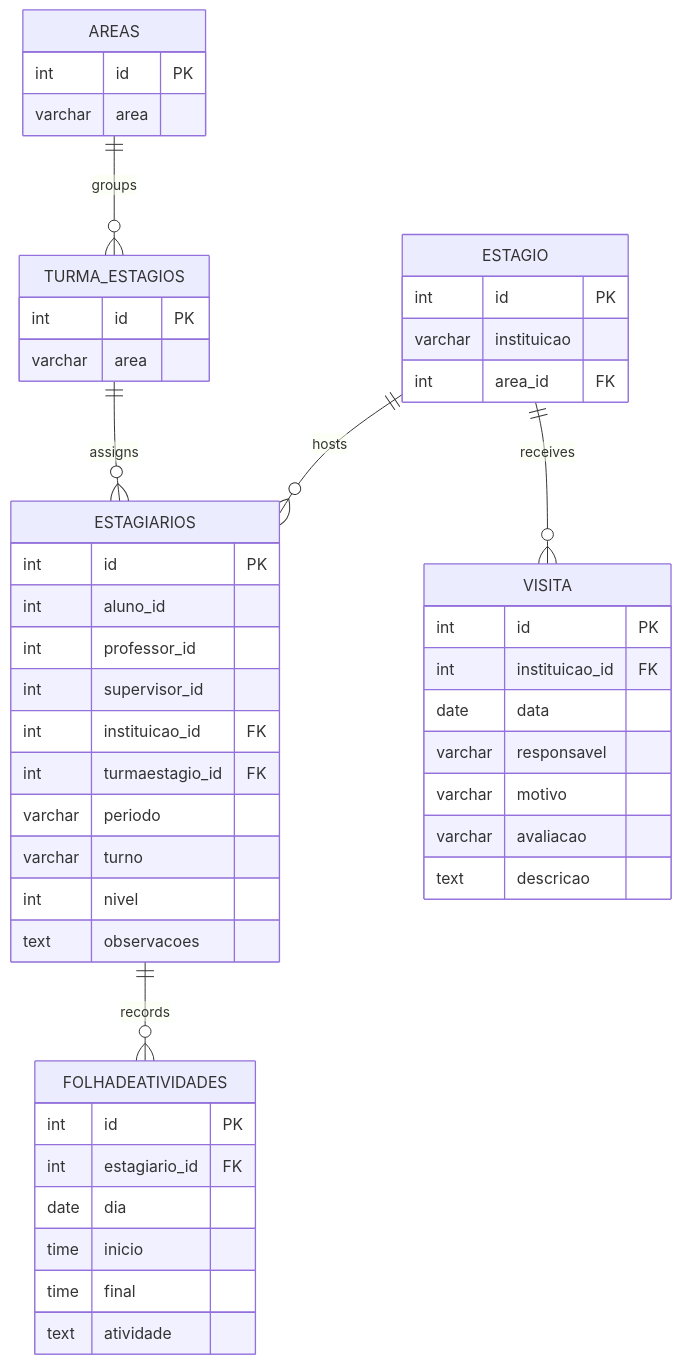
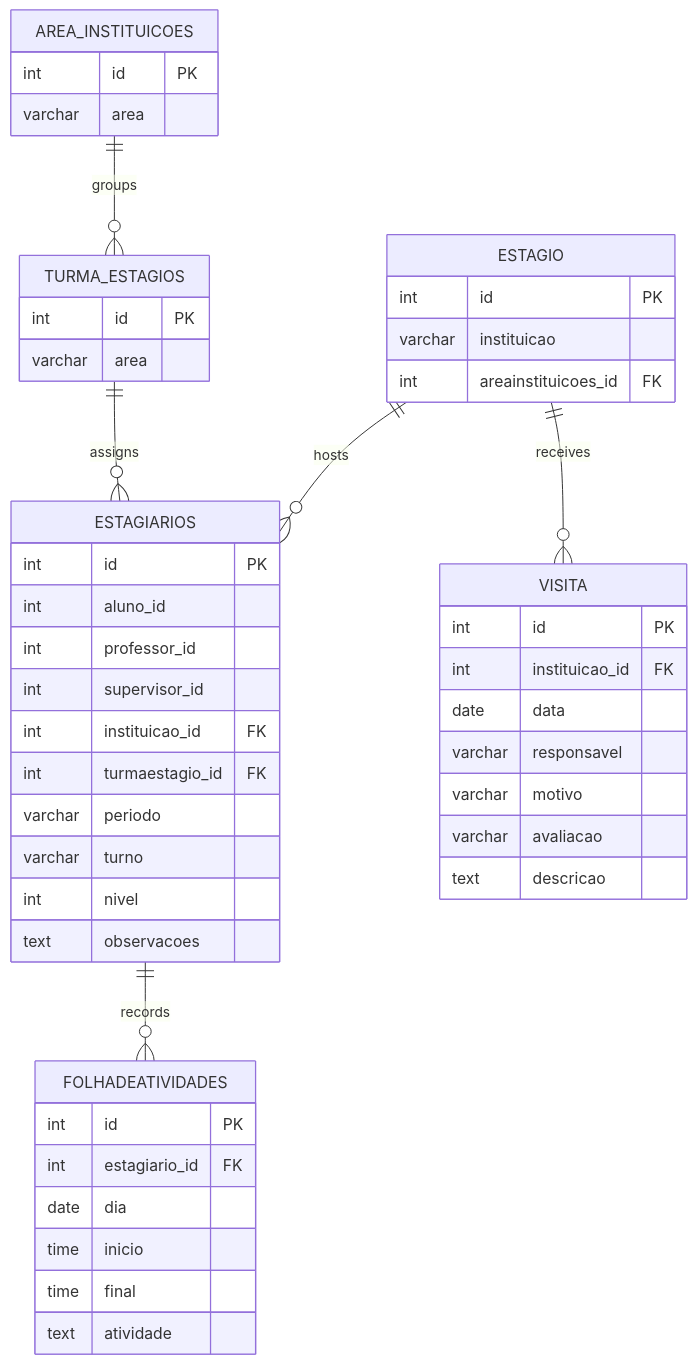
Before and after one commit to luiseduacosta/nodemural: the seventh of 8 diagrams in .qoder/repowiki/en/content/Data Models & Database Design/Institutional Management Models.md, drawn with Mermaid. The commit also changed other lines of this file and 27 other files, not shown here.

````diff
--- a/.qoder/repowiki/en/content/Data Models & Database Design/Institutional Management Models.md
+++ b/.qoder/repowiki/en/content/Data Models & Database Design/Institutional Management Models.md
@@ -402,50 +402,50 @@
 ```mermaid
 erDiagram
-AREAS {
+AREA_INSTITUICOES {
 int id PK
 varchar area
 }
 TURMA_ESTAGIOS {
 int id PK
 varchar area
 }
 ESTAGIO {
 int id PK
 varchar instituicao
-int area_id FK
+int areainstituicoes_id FK
 }
 ESTAGIARIOS {
 int id PK
 int aluno_id
 int professor_id
 int supervisor_id
 int instituicao_id FK
 int turmaestagio_id FK
 varchar periodo
 varchar turno
 int nivel
 text observacoes
 }
 FOLHADEATIVIDADES {
 int id PK
 int estagiario_id FK
 date dia
 time inicio
 time final
 text atividade
 }
 VISITA {
 int id PK
 int instituicao_id FK
 date data
 varchar responsavel
 varchar motivo
 varchar avaliacao
 text descricao
 }
-AREAS ||--o{ TURMA_ESTAGIOS : "groups"
+AREA_INSTITUICOES ||--o{ TURMA_ESTAGIOS : "groups"
 TURMA_ESTAGIOS ||--o{ ESTAGIARIOS : "assigns"
 ESTAGIO ||--o{ ESTAGIARIOS : "hosts"
 ESTAGIARIOS ||--o{ FOLHADEATIVIDADES : "records"
 ESTAGIO ||--o{ VISITA : "receives"
 ```
````
